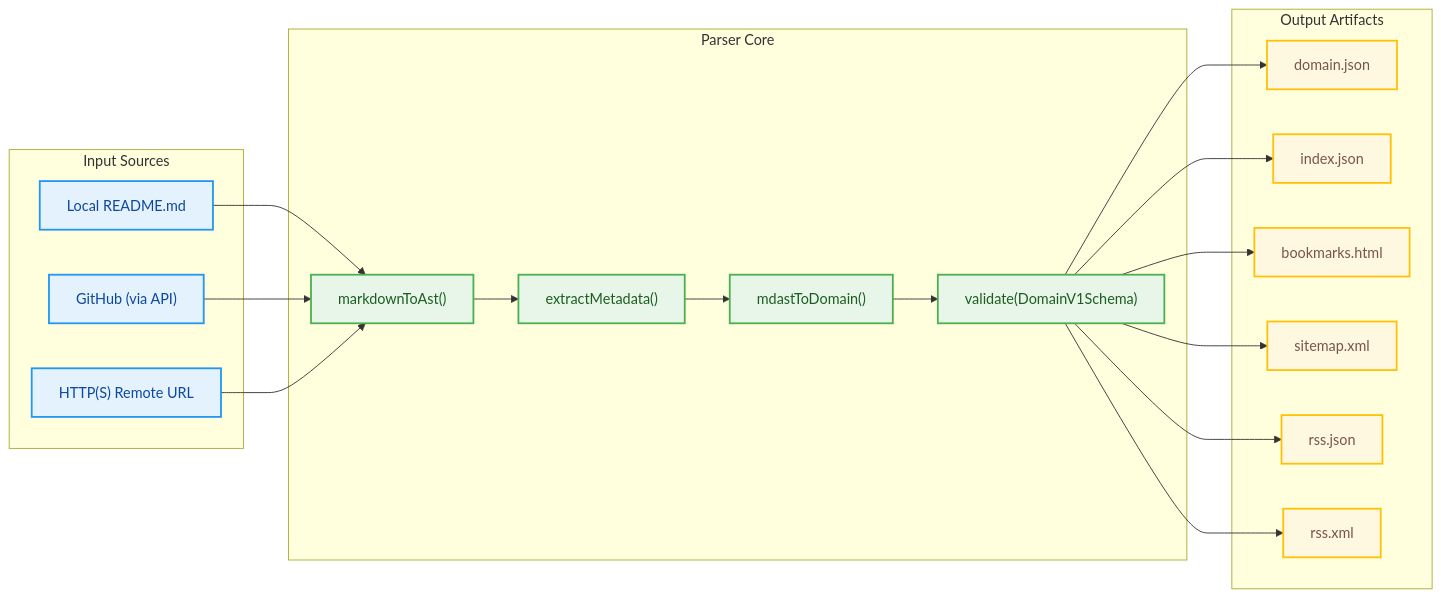
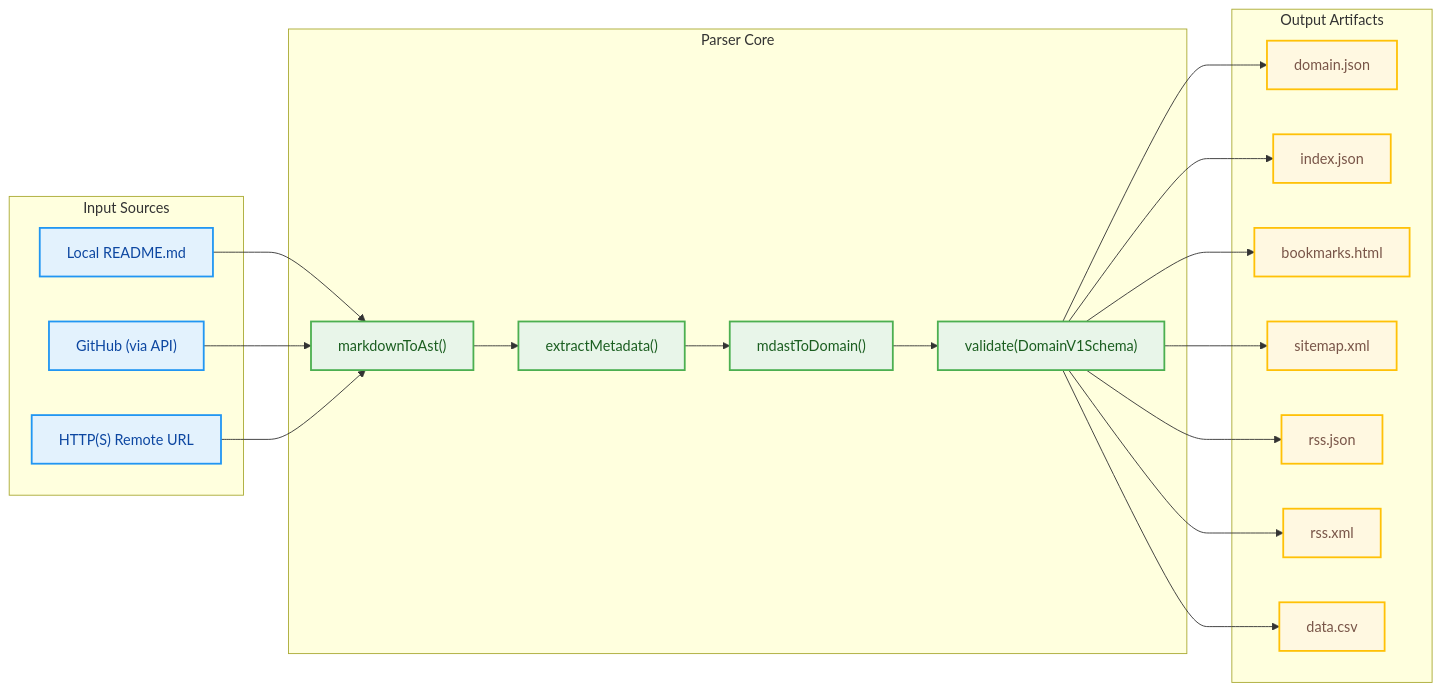
Before and after one commit to awesome-pages/parser: the diagram in README.md, drawn with Mermaid.

Commit message:
feat(docs): update architecture diagram to include CSV output #27

````diff
--- a/README.md
+++ b/README.md
@@ -154,37 +154,38 @@
 ```mermaid
 flowchart LR
     %% === NODES ===
     subgraph Input["Input Sources"]
         A1["Local README.md"]
         A2["GitHub (via API)"]
         A3["HTTP(S) Remote URL"]
     end
 
     subgraph Core["Parser Core"]
         B1["markdownToAst()"]
         B2["extractMetadata()"]
         B3["mdastToDomain()"]
         B4["validate(DomainV1Schema)"]
     end
 
     subgraph Outputs["Output Artifacts"]
         C1["domain.json"]
         C2["index.json"]
         C3["bookmarks.html"]
         C4["sitemap.xml"]
         C5["rss.json"]
         C6["rss.xml"]
+        C7["data.csv"]
     end
 
     %% === FLOW ===
-    A1 & A2 & A3 --> B1 --> B2 --> B3 --> B4 --> C1 & C2 & C3 & C4 & C5 & C6
+    A1 & A2 & A3 --> B1 --> B2 --> B3 --> B4 --> C1 & C2 & C3 & C4 & C5 & C6 & C7
 
     %% === STYLING ===
     classDef input fill:#E3F2FD,stroke:#2196F3,stroke-width:2px,color:#0D47A1;
     classDef core fill:#E8F5E9,stroke:#4CAF50,stroke-width:2px,color:#1B5E20;
     classDef output fill:#FFF8E1,stroke:#FFC107,stroke-width:2px,color:#795548;
 
     class A1,A2,A3 input;
     class B1,B2,B3,B4 core;
-    class C1,C2,C3,C4,C5,C6 output;
+    class C1,C2,C3,C4,C5,C6,C7 output;
 ```
````
